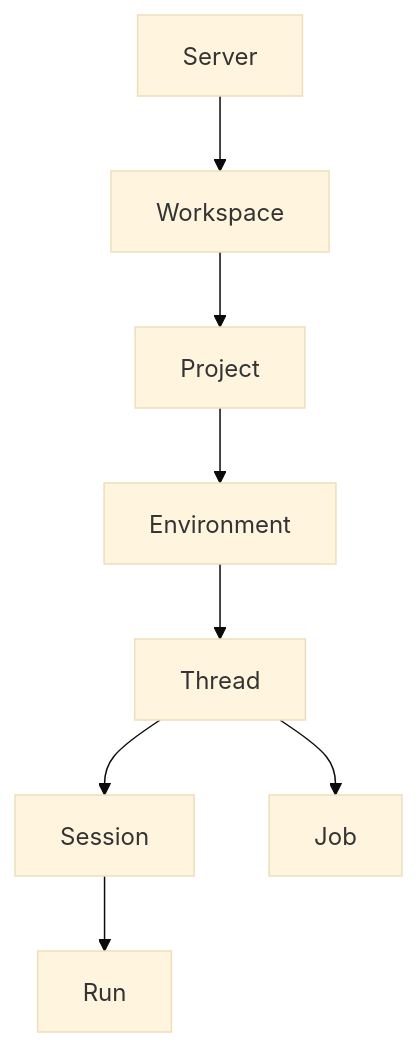
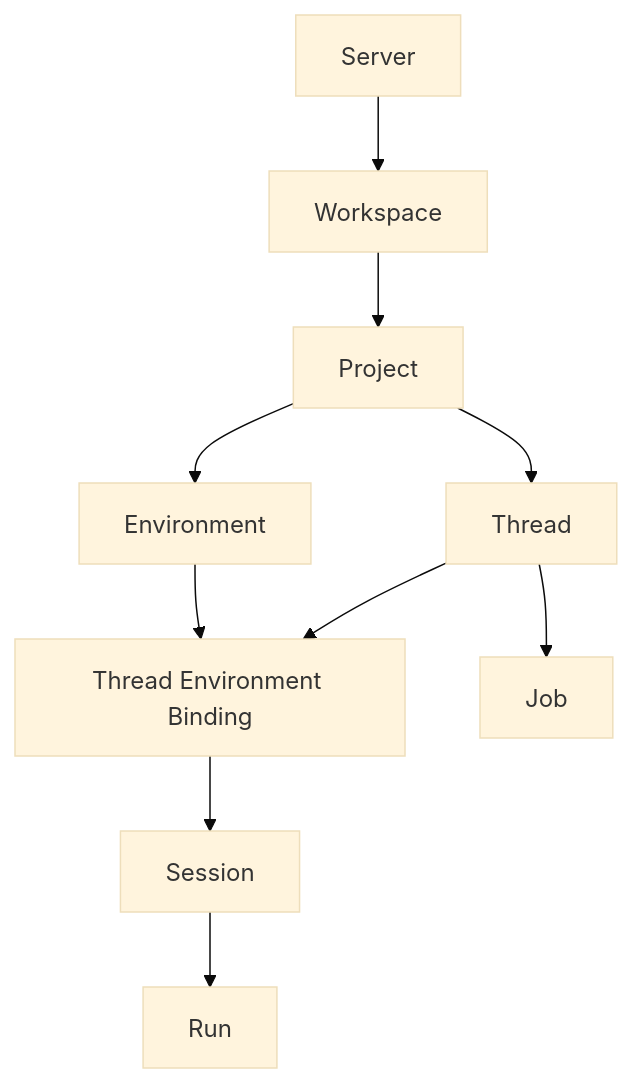
The diagram in docs/new-architecture/domain-model.md (sichengchen/esperta-aria), drawn with Mermaid (base theme) before and after one commit. The commit also changed other lines of this file and 6 other files, not shown here.

Commit message:
docs: refine target-state architecture model

````diff
--- a/docs/new-architecture/domain-model.md
+++ b/docs/new-architecture/domain-model.md
@@ -7,19 +7,22 @@
 ```mermaid
 flowchart TD
     Server["Server"]
     Workspace["Workspace"]
     Project["Project"]
+    Thread["Thread"]
     Environment["Environment"]
-    Thread["Thread"]
+    Binding["Thread Environment Binding"]
     Session["Session"]
     Run["Run"]
     Job["Job"]
 
     Server --> Workspace
     Workspace --> Project
+    Project --> Thread
     Project --> Environment
-    Environment --> Thread
-    Thread --> Session
+    Thread --> Binding
+    Environment --> Binding
+    Binding --> Session
     Session --> Run
     Thread --> Job
 ```
````
